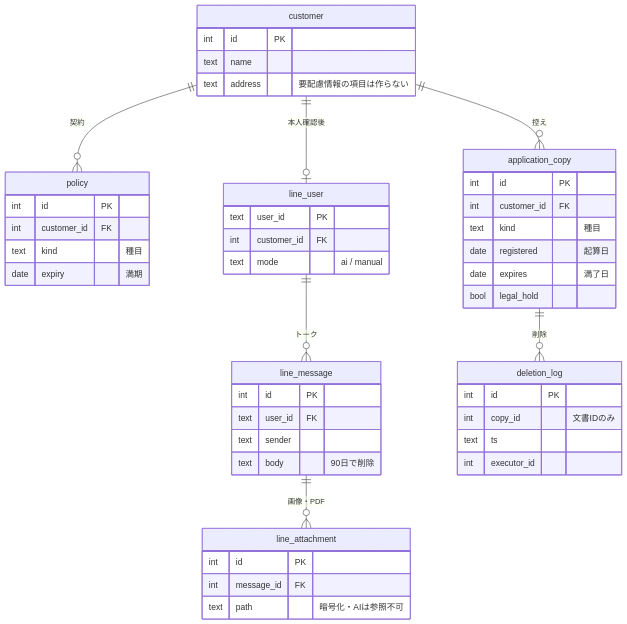
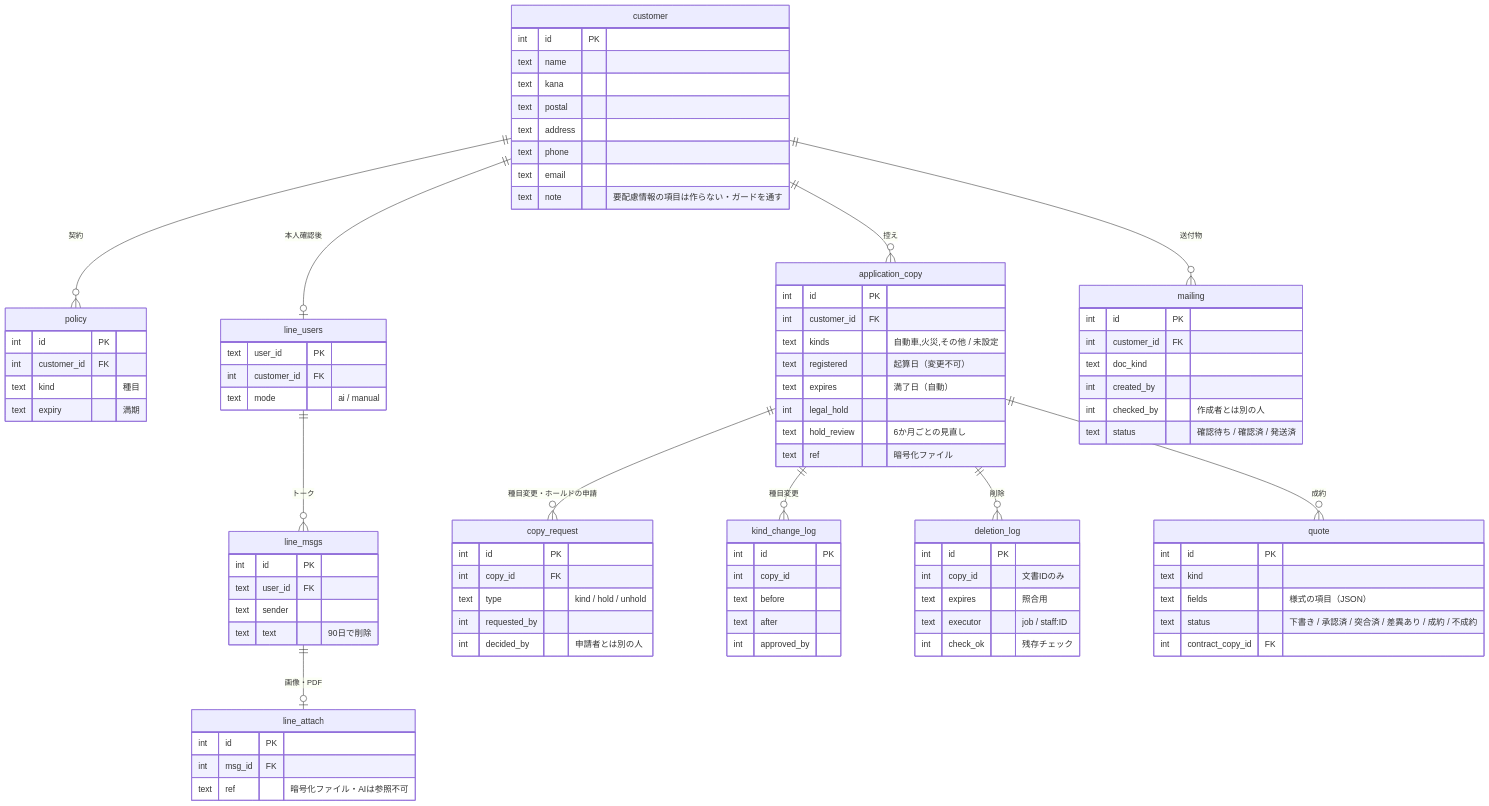
Before and after one commit to yugen0203/hokenchat: the fourth of 5 diagrams in docs/設計書.md, drawn with Mermaid. The commit also changed other lines of this file and 32 other files, not shown here.

````diff
--- a/docs/設計書.md
+++ b/docs/設計書.md
@@ -252,36 +284,69 @@
 ```mermaid
 erDiagram
   customer ||--o{ policy : "契約"
-  customer ||--o| line_user : "本人確認後"
-  line_user ||--o{ line_message : "トーク"
-  line_message ||--o{ line_attachment : "画像・PDF"
+  customer ||--o| line_users : "本人確認後"
+  line_users ||--o{ line_msgs : "トーク"
+  line_msgs ||--o| line_attach : "画像・PDF"
   customer ||--o{ application_copy : "控え"
+  application_copy ||--o{ copy_request : "種目変更・ホールドの申請"
+  application_copy ||--o{ kind_change_log : "種目変更"
   application_copy ||--o{ deletion_log : "削除"
+  customer ||--o{ mailing : "送付物"
+  application_copy ||--o{ quote : "成約"
   customer { int id PK
     text name
-    text address "要配慮情報の項目は作らない" }
+    text kana
+    text postal
+    text address
+    text phone
+    text email
+    text note "要配慮情報の項目は作らない・ガードを通す" }
   policy { int id PK
     int customer_id FK
     text kind "種目"
-    date expiry "満期" }
-  line_user { text user_id PK
+    text expiry "満期" }
+  line_users { text user_id PK
     int customer_id FK
     text mode "ai / manual" }
-  line_message { int id PK
+  line_msgs { int id PK
     text user_id FK
     text sender
-    text body "90日で削除" }
-  line_attachment { int id PK
-    int message_id FK
-    text path "暗号化・AIは参照不可" }
+    text text "90日で削除" }
+  line_attach { int id PK
+    int msg_id FK
+    text ref "暗号化ファイル・AIは参照不可" }
   application_copy { int id PK
     int customer_id FK
-    text kind "種目"
-    date registered "起算日"
-    date expires "満了日"
-    bool legal_hold }
+    text kinds "自動車,火災,その他 / 未設定"
+    text registered "起算日（変更不可）"
+    text expires "満了日（自動）"
+    int legal_hold
+    text hold_review "6か月ごとの見直し"
+    text ref "暗号化ファイル" }
+  copy_request { int id PK
+    int copy_id FK
+    text type "kind / hold / unhold"
+    int requested_by
+    int decided_by "申請者とは別の人" }
+  kind_change_log { int id PK
+    int copy_id
+    text before
+    text after
+    int approved_by }
   deletion_log { int id PK
     int copy_id "文書IDのみ"
-    text ts
-    int executor_id }
+    text expires "照合用"
+    text executor "job / staff:ID"
+    int check_ok "残存チェック" }
+  mailing { int id PK
+    int customer_id FK
+    text doc_kind
+    int created_by
+    int checked_by "作成者とは別の人"
+    text status "確認待ち / 確認済 / 発送済" }
+  quote { int id PK
+    text kind
+    text fields "様式の項目（JSON）"
+    text status "下書き / 承認済 / 突合済 / 差異あり / 成約 / 不成約"
+    int contract_copy_id FK }
 ```
````
